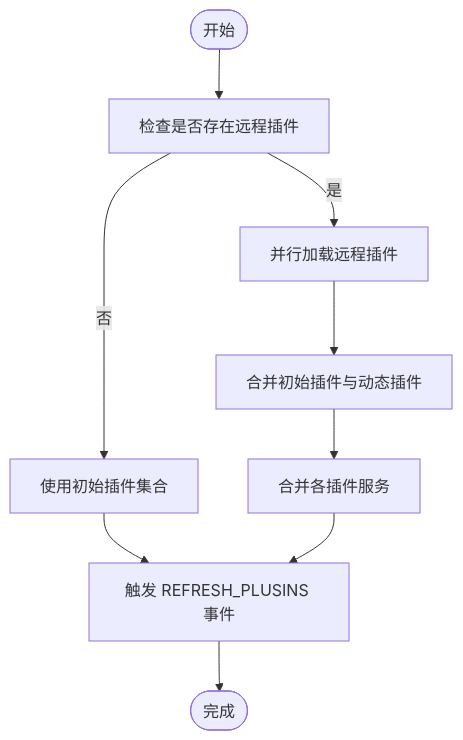
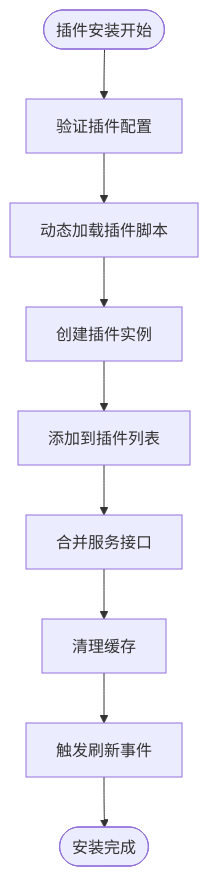
One commit to LRF0422/Kotion changed the third of 5 diagrams in .qoder/repowiki/zh/content/核心模块/插件管理系统.md. Above: the diagram before and after it, drawn with Mermaid. The commit also changed other lines of this file and 75 other files, not shown here.

````diff
--- a/.qoder/repowiki/zh/content/核心模块/插件管理系统.md
+++ b/.qoder/repowiki/zh/content/核心模块/插件管理系统.md
@@ -312,11 +162,11 @@
 ```mermaid
 flowchart TD
-Start(["开始"]) --> CheckRemote["检查是否存在远程插件"]
-CheckRemote --> |否| UseInitial["使用初始插件集合"]
-CheckRemote --> |是| ParallelLoad["并行加载远程插件"]
-ParallelLoad --> MergePlugins["合并初始插件与动态插件"]
-MergePlugins --> MergeServices["合并各插件服务"]
-UseInitial --> EmitRefresh["触发 REFRESH_PLUSINS 事件"]
-MergeServices --> EmitRefresh
-EmitRefresh --> Done(["完成"])
+Start(["插件安装开始"]) --> Validate["验证插件配置"]
+Validate --> LoadScript["动态加载插件脚本"]
+LoadScript --> CreateInstance["创建插件实例"]
+CreateInstance --> AddToList["添加到插件列表"]
+AddToList --> MergeServices["合并服务接口"]
+MergeServices --> ClearCache["清理缓存"]
+ClearCache --> EmitEvent["触发刷新事件"]
+EmitEvent --> End(["安装完成"])
 ```
````
